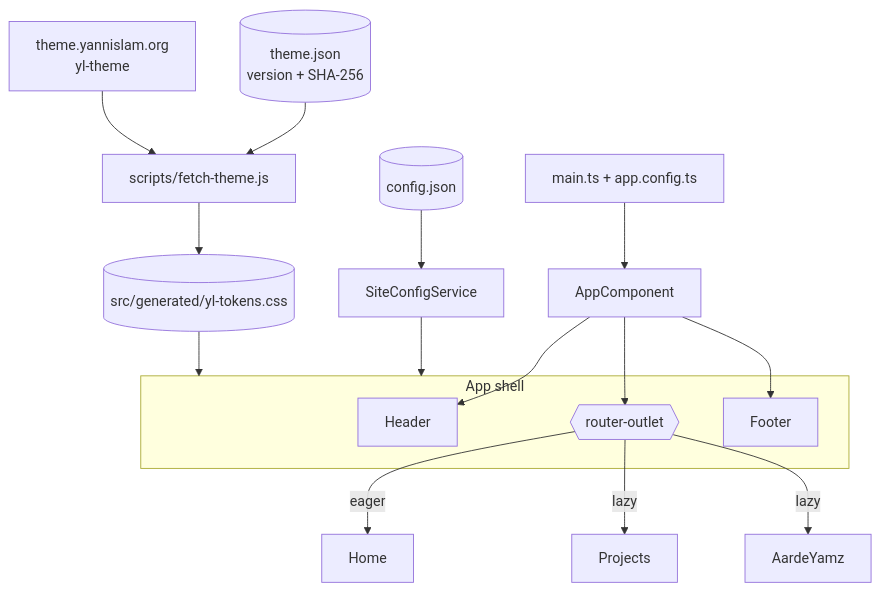
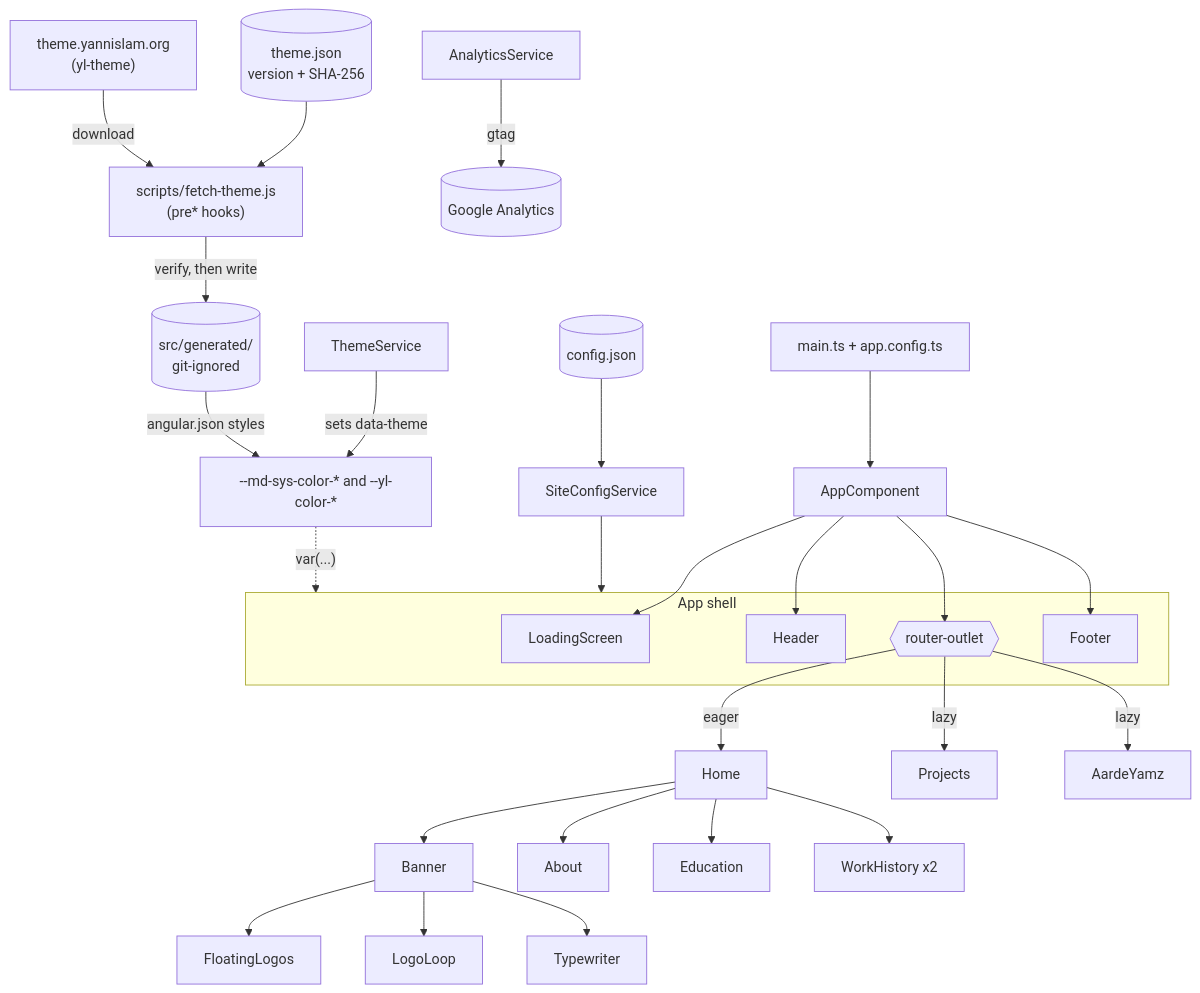
Before and after one commit to AardeYamz/v3.yannislam.org: the first of 3 diagrams in README.md, drawn with Mermaid. The commit also changed other lines of this file and 6 other files, not shown here.

````diff
--- a/README.md
+++ b/README.md
@@ -21,16 +94,23 @@
 ```mermaid
 flowchart TB
     Main["main.ts + app.config.ts"] --> App["AppComponent"]
     subgraph Shell["App shell"]
+        Loading["LoadingScreen"]
         Header
         Outlet{{"router-outlet"}}
         Footer
     end
-    App --> Header & Outlet & Footer
+    App --> Loading & Header & Outlet & Footer
     Outlet -->|"eager"| Home
     Outlet -->|"lazy"| Projects & AardeYamz
+    Home --> Banner & About & Education & Work["WorkHistory x2"]
+    Banner --> Floating["FloatingLogos"] & LogoLoop & Typewriter
     Config[("config.json")] --> SiteConfig["SiteConfigService"] --> Shell
-    Pin[("theme.json<br/>version + SHA-256")] --> Fetch["scripts/fetch-theme.js"]
-    ThemeHost["theme.yannislam.org<br/>yl-theme"] --> Fetch
-    Fetch --> Tokens[("src/generated/yl-tokens.css")] --> Shell
+    Theme["ThemeService"] -->|"sets data-theme"| CSS
+    Pin[("theme.json<br/>version + SHA-256")] --> Fetch["scripts/fetch-theme.js<br/>(pre* hooks)"]
+    ThemeHost["theme.yannislam.org<br/>(yl-theme)"] -->|"download"| Fetch
+    Fetch -->|"verify, then write"| Generated[("src/generated/<br/>git-ignored")]
+    Generated -->|"angular.json styles"| CSS["--md-sys-color-* and --yl-color-*"]
+    CSS -.->|"var(...)"| Shell
+    Analytics["AnalyticsService"] -->|"gtag"| GA[("Google Analytics")]
 ```
````
